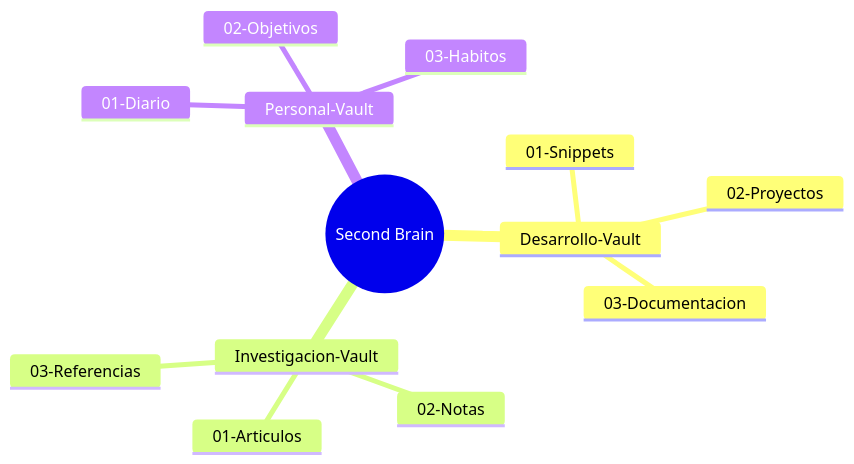
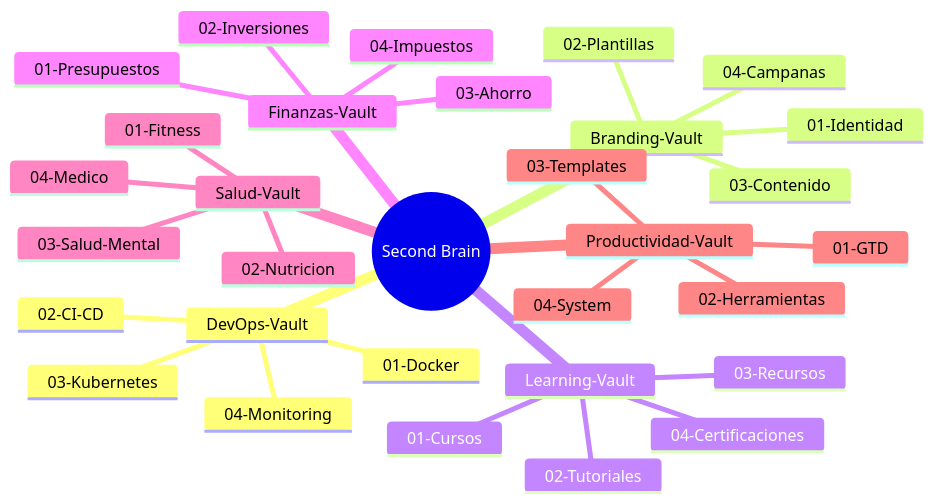
The diagram in 00-Master-Dashboard/Dashboard.md (gpb-codes/second-brain-landing), drawn with Mermaid before and after one commit. The commit also changed other lines of this file and 27 other files, not shown here.

Commit message:
feat: replace vaults with 6 new example vaults (DevOps, Branding, Learning, Finanzas, Salud, Productividad)

````diff
--- a/00-Master-Dashboard/Dashboard.md
+++ b/00-Master-Dashboard/Dashboard.md
@@ -72,16 +108,34 @@
 ```mermaid
 mindmap
   root((Second Brain))
-    Desarrollo-Vault
-      01-Snippets
-      02-Proyectos
-      03-Documentacion
-    Investigacion-Vault
-      01-Articulos
-      02-Notas
-      03-Referencias
-    Personal-Vault
-      01-Diario
-      02-Objetivos
-      03-Habitos
+    DevOps-Vault
+      01-Docker
+      02-CI-CD
+      03-Kubernetes
+      04-Monitoring
+    Branding-Vault
+      01-Identidad
+      02-Plantillas
+      03-Contenido
+      04-Campanas
+    Learning-Vault
+      01-Cursos
+      02-Tutoriales
+      03-Recursos
+      04-Certificaciones
+    Finanzas-Vault
+      01-Presupuestos
+      02-Inversiones
+      03-Ahorro
+      04-Impuestos
+    Salud-Vault
+      01-Fitness
+      02-Nutricion
+      03-Salud-Mental
+      04-Medico
+    Productividad-Vault
+      01-GTD
+      02-Herramientas
+      03-Templates
+      04-System
 ```
````
